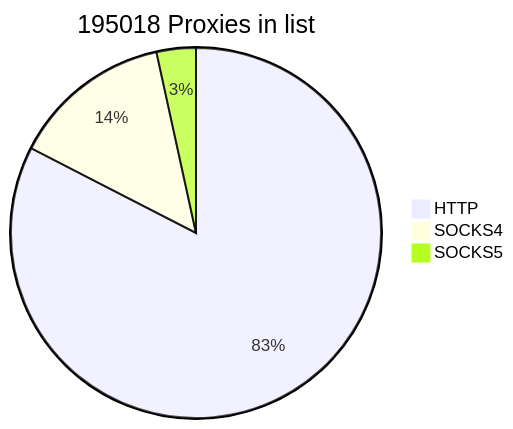
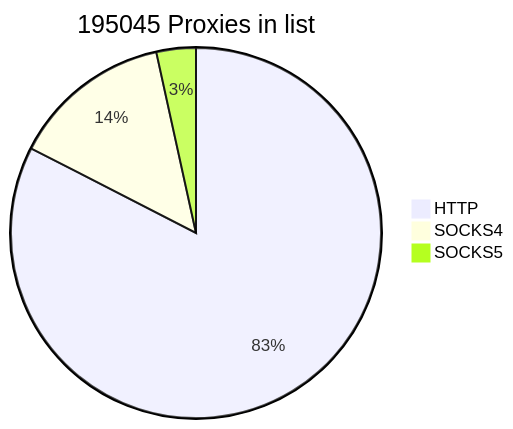
One commit to cutipu/proxylist changed the first of 2 diagrams in README.md. Above: the diagram before and after it, drawn with Mermaid. The commit also changed other lines of this file, not shown here.

````diff
--- a/README.md
+++ b/README.md
@@ -2,7 +2,7 @@
 ```mermaid
-pie title 195018 Proxies in list
-    "HTTP" : 161003
-    "SOCKS4" : 27327
-    "SOCKS5" : 6688
+pie title 195045 Proxies in list
+    "HTTP" : 161002
+    "SOCKS4" : 27329
+    "SOCKS5" : 6714
             
 ```
````
